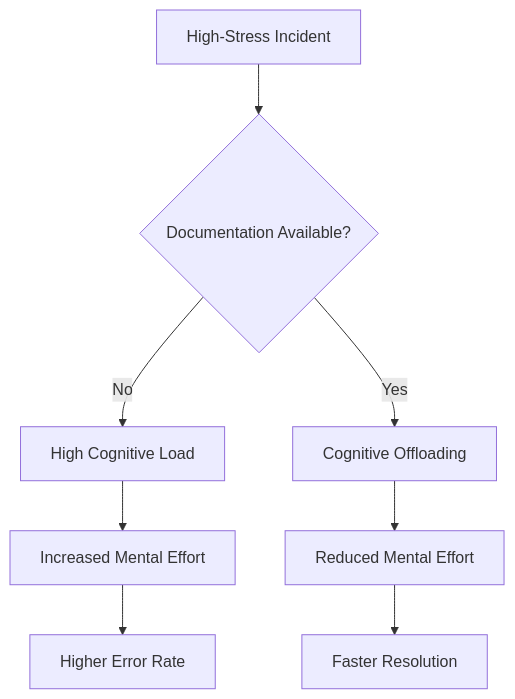
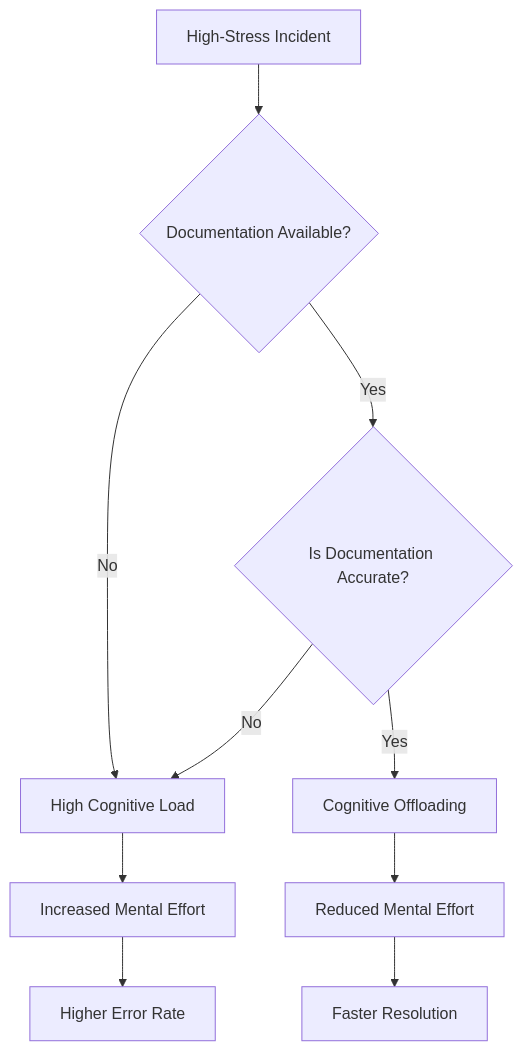
Before and after one commit to vaishvanara/techwritingkb: the diagram in docs/systems-thinking/cognitive-offloading.md, drawn with Mermaid. The commit also changed other lines of this file and 26 other files, not shown here.

````diff
--- a/docs/systems-thinking/cognitive-offloading.md
+++ b/docs/systems-thinking/cognitive-offloading.md
@@ -19,10 +19,12 @@
 ```mermaid
 graph TD
     A[High-Stress Incident] --> B{Documentation Available?}
     B -- No --> C[High Cognitive Load]
     C --> D[Increased Mental Effort]
     D --> E[Higher Error Rate]
-    B -- Yes --> F[Cognitive Offloading]
-    F --> G[Reduced Mental Effort]
-    G --> H[Faster Resolution]
+    B -- Yes --> F{Is Documentation Accurate?}
+    F -- No --> C
+    F -- Yes --> G[Cognitive Offloading]
+    G --> H[Reduced Mental Effort]
+    H --> I[Faster Resolution]
 ```
````
